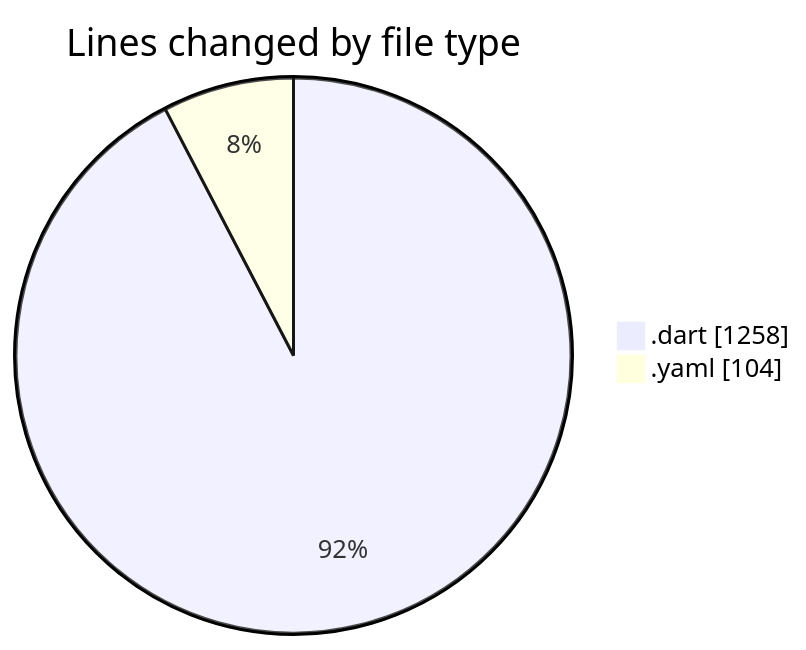
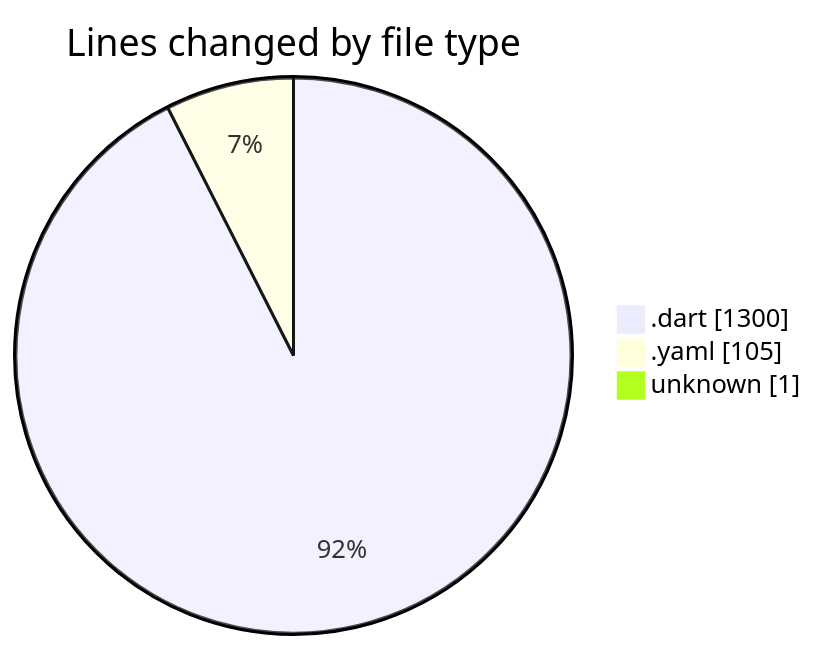
One commit to donsfak/code-tracking changed the first of 2 diagrams in 2025-03-08/uber_clone/README.md. Above: the diagram before and after it, drawn with Mermaid. The commit also changed other lines of this file and 1 other file, not shown here.

````diff
--- a/2025-03-08/uber_clone/README.md
+++ b/2025-03-08/uber_clone/README.md
@@ -22,6 +24,7 @@
 ```mermaid
 pie showData
 title Lines changed by file type
-".dart" : 1258
-".yaml" : 104
+".dart" : 1300
+".yaml" : 105
+"unknown" : 1
 ```
````
